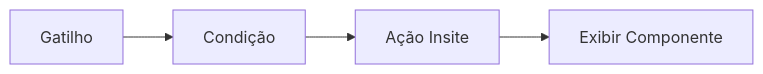
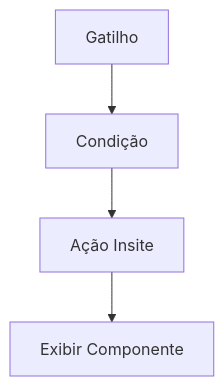
One commit to sendspeed0/docs changed the diagram in componentes/criando-componentes.mdx. Above: the diagram before and after it, drawn with Mermaid. The commit also changed other lines of this file and 9 other files, not shown here.

````diff
--- a/componentes/criando-componentes.mdx
+++ b/componentes/criando-componentes.mdx
@@ -364,6 +222,6 @@
 ```mermaid
-flowchart LR
+flowchart TD
     A["Gatilho"] --> B["Condição"]
     B --> C["Ação Insite"]
     C --> D["Exibir Componente"]
 ```
````
